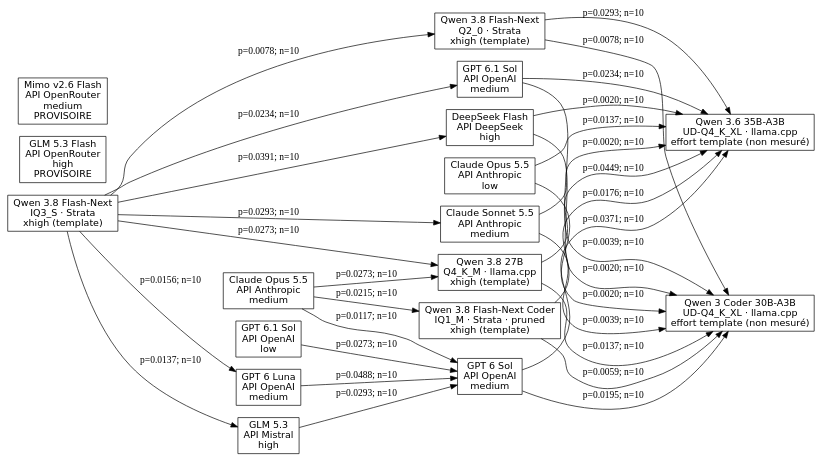
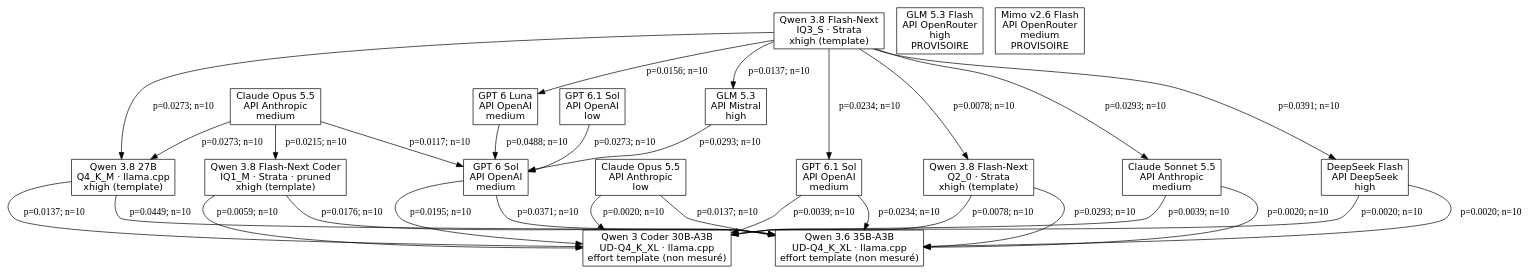
One commit to MinhHaDuong/ImperialDragonHarness changed the diagram in docs/tournament-graphs/quality.dot. Above: the diagram before and after it, drawn with Graphviz. The commit also changed 7 other files, not shown here.

Commit message:
docs(tournament): orient comparison graphs from best to worst vertically

```diff
--- a/docs/tournament-graphs/quality.dot
+++ b/docs/tournament-graphs/quality.dot
@@ -1,50 +1,50 @@
 digraph G {
-rankdir=LR;
+rankdir=TB;
 node [shape=box, fontname="DejaVu Sans"];
 a [label="Qwen 3.8 27B\nQ4_K_M · llama.cpp\nxhigh (template)"];
 b [label="Qwen 3.8 Flash-Next Coder\nIQ1_M · Strata · pruned\nxhigh (template)"];
 b2 [label="Qwen 3.8 Flash-Next\nIQ3_S · Strata\nxhigh (template)"];
 b3 [label="Qwen 3.8 Flash-Next\nQ2_0 · Strata\nxhigh (template)"];
 c [label="Qwen 3.6 35B-A3B\nUD-Q4_K_XL · llama.cpp\neffort template (non mesuré)"];
 c2 [label="Qwen 3 Coder 30B-A3B\nUD-Q4_K_XL · llama.cpp\neffort template (non mesuré)"];
 d [label="Claude Opus 5.5\nAPI Anthropic\nmedium"];
 d2 [label="Claude Opus 5.5\nAPI Anthropic\nlow"];
 e [label="GPT 6 Sol\nAPI OpenAI\nmedium"];
 e2 [label="GPT 6.1 Sol\nAPI OpenAI\nlow"];
 e3 [label="GPT 6.1 Sol\nAPI OpenAI\nmedium"];
 f [label="GLM 5.3\nAPI Mistral\nhigh"];
 g [label="Claude Sonnet 5.5\nAPI Anthropic\nmedium"];
 i [label="DeepSeek Flash\nAPI DeepSeek\nhigh"];
 j [label="GLM 5.3 Flash\nAPI OpenRouter\nhigh\nPROVISOIRE"];
 k [label="Mimo v2.6 Flash\nAPI OpenRouter\nmedium\nPROVISOIRE"];
 l [label="GPT 6 Luna\nAPI OpenAI\nmedium"];
 a -> c [label="p=0.0449; n=10"];
 a -> c2 [label="p=0.0137; n=10"];
 b -> c [label="p=0.0176; n=10"];
 b -> c2 [label="p=0.0059; n=10"];
 b2 -> a [label="p=0.0273; n=10"];
 b2 -> b3 [label="p=0.0078; n=10"];
 b2 -> e3 [label="p=0.0234; n=10"];
 b2 -> f [label="p=0.0137; n=10"];
 b2 -> g [label="p=0.0293; n=10"];
 b2 -> i [label="p=0.0391; n=10"];
 b2 -> l [label="p=0.0156; n=10"];
 b3 -> c [label="p=0.0293; n=10"];
 b3 -> c2 [label="p=0.0078; n=10"];
 d -> a [label="p=0.0273; n=10"];
 d -> b [label="p=0.0215; n=10"];
 d -> e [label="p=0.0117; n=10"];
 d2 -> c [label="p=0.0137; n=10"];
 d2 -> c2 [label="p=0.0020; n=10"];
 e -> c [label="p=0.0371; n=10"];
 e -> c2 [label="p=0.0195; n=10"];
 e2 -> e [label="p=0.0273; n=10"];
 e3 -> c [label="p=0.0234; n=10"];
 e3 -> c2 [label="p=0.0039; n=10"];
 f -> e [label="p=0.0293; n=10"];
 g -> c [label="p=0.0020; n=10"];
 g -> c2 [label="p=0.0039; n=10"];
 i -> c [label="p=0.0020; n=10"];
 i -> c2 [label="p=0.0020; n=10"];
 l -> e [label="p=0.0488; n=10"];
 }
```
